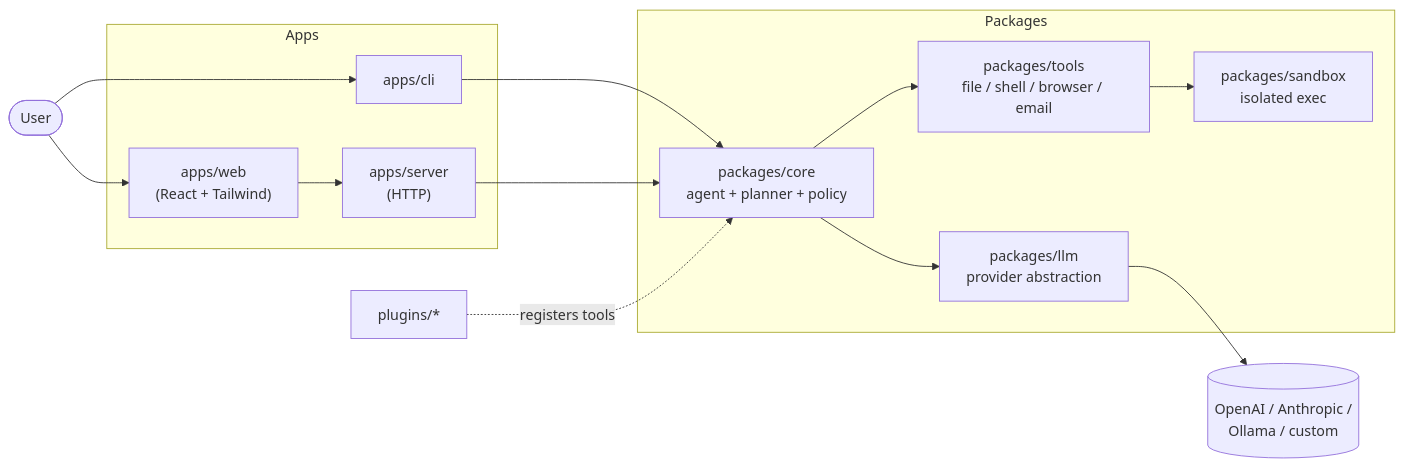
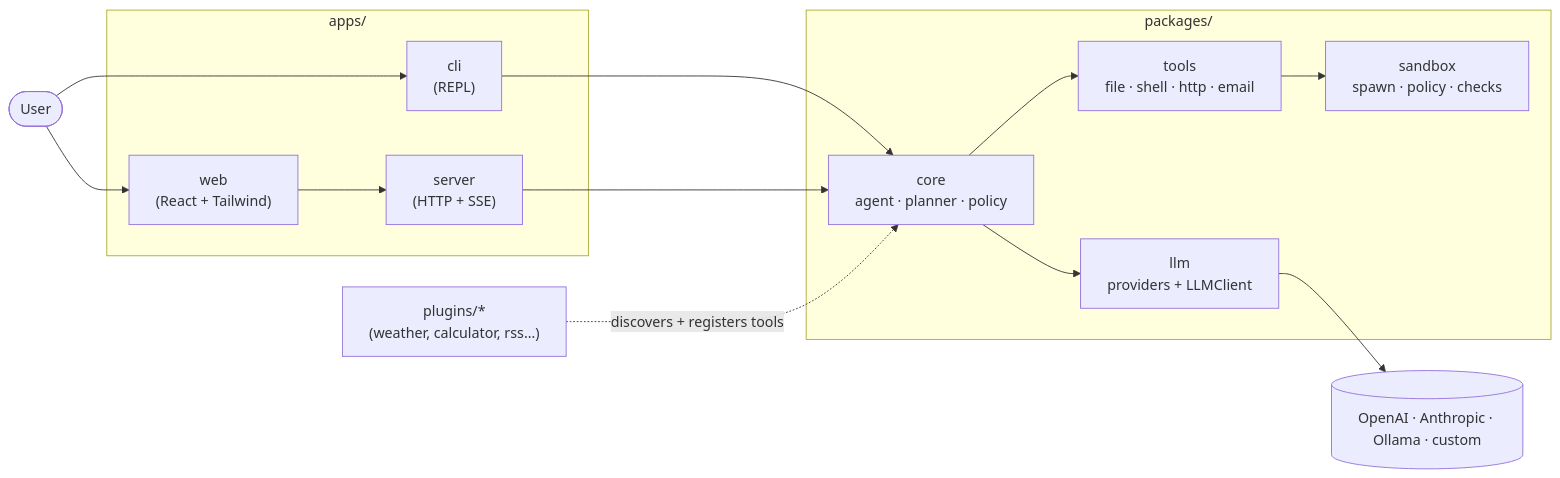
Before and after one commit to ricardo-foundry/openhand: the diagram in README.md, drawn with Mermaid. The commit also changed other lines of this file and 25 other files, not shown here.

````diff
--- a/README.md
+++ b/README.md
@@ -71,28 +95,28 @@
 ```mermaid
 flowchart LR
-    user([User])
-    subgraph Apps
-        CLI["apps/cli"]
-        WEB["apps/web<br/>(React + Tailwind)"]
-        SRV["apps/server<br/>(HTTP)"]
-    end
-    subgraph Packages
-        CORE["packages/core<br/>agent + planner + policy"]
-        TOOLS["packages/tools<br/>file / shell / browser / email"]
-        SBX["packages/sandbox<br/>isolated exec"]
-        LLM["packages/llm<br/>provider abstraction"]
-    end
-    PLUG["plugins/*"]
-    PROV[("OpenAI / Anthropic /<br/>Ollama / custom")]
+  user([User])
+  subgraph Apps["apps/"]
+    CLI["cli<br/>(REPL)"]
+    WEB["web<br/>(React + Tailwind)"]
+    SRV["server<br/>(HTTP + SSE)"]
+  end
+  subgraph Packages["packages/"]
+    CORE["core<br/>agent · planner · policy"]
+    TOOLS["tools<br/>file · shell · http · email"]
+    SBX["sandbox<br/>spawn · policy · checks"]
+    LLM["llm<br/>providers + LLMClient"]
+  end
+  PLUG["plugins/*<br/>(weather, calculator, rss…)"]
+  PROV[("OpenAI · Anthropic · Ollama · custom")]
 
-    user --> CLI
-    user --> WEB
-    WEB --> SRV
-    CLI --> CORE
-    SRV --> CORE
-    CORE --> TOOLS
-    CORE --> LLM
-    TOOLS --> SBX
-    LLM --> PROV
-    PLUG -.registers tools.-> CORE
+  user --> CLI
+  user --> WEB
+  WEB --> SRV
+  CLI --> CORE
+  SRV --> CORE
+  CORE --> TOOLS
+  CORE --> LLM
+  TOOLS --> SBX
+  LLM --> PROV
+  PLUG -.discovers + registers tools.-> CORE
 ```
````
